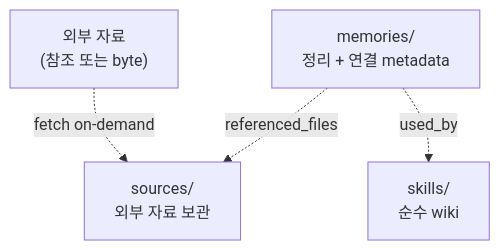
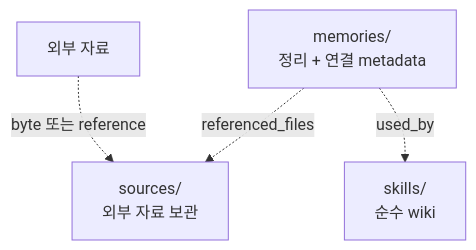
The second of 2 diagrams in collections/_notes/ai/llm-wiki/as-skill.md (choesimin/choesimin.github.io), drawn with Mermaid before and after one commit. The commit also changed other lines of this file, not shown here.

````diff
--- a/collections/_notes/ai/llm-wiki/as-skill.md
+++ b/collections/_notes/ai/llm-wiki/as-skill.md
@@ -129,11 +110,11 @@
 ```mermaid
 graph TB
-    external["외부 자료<br>(참조 또는 byte)"]
+    external["외부 자료"]
     sources["sources/<br>외부 자료 보관"]
     memories["memories/<br>정리 + 연결 metadata"]
     skills["skills/<br>순수 wiki"]
 
-    external -.fetch on-demand.-> sources
+    external -.byte 또는 reference.-> sources
     memories -.referenced_files.-> sources
     memories -.used_by.-> skills
 ```
````
